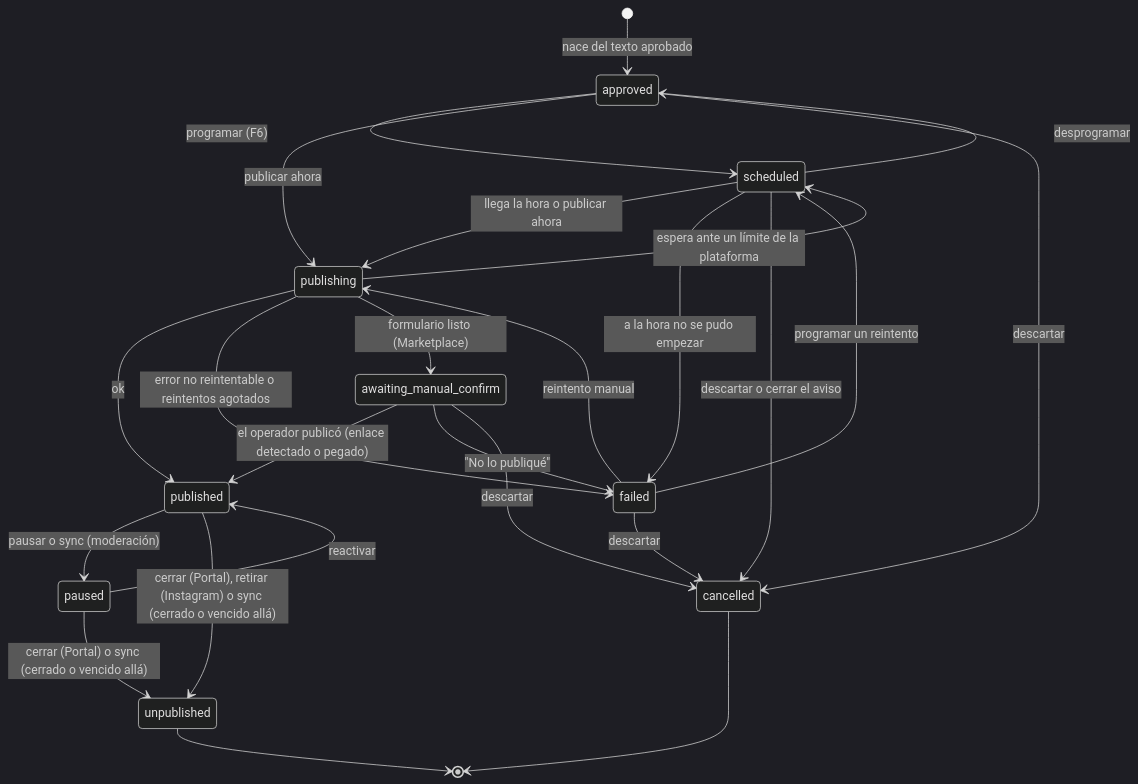
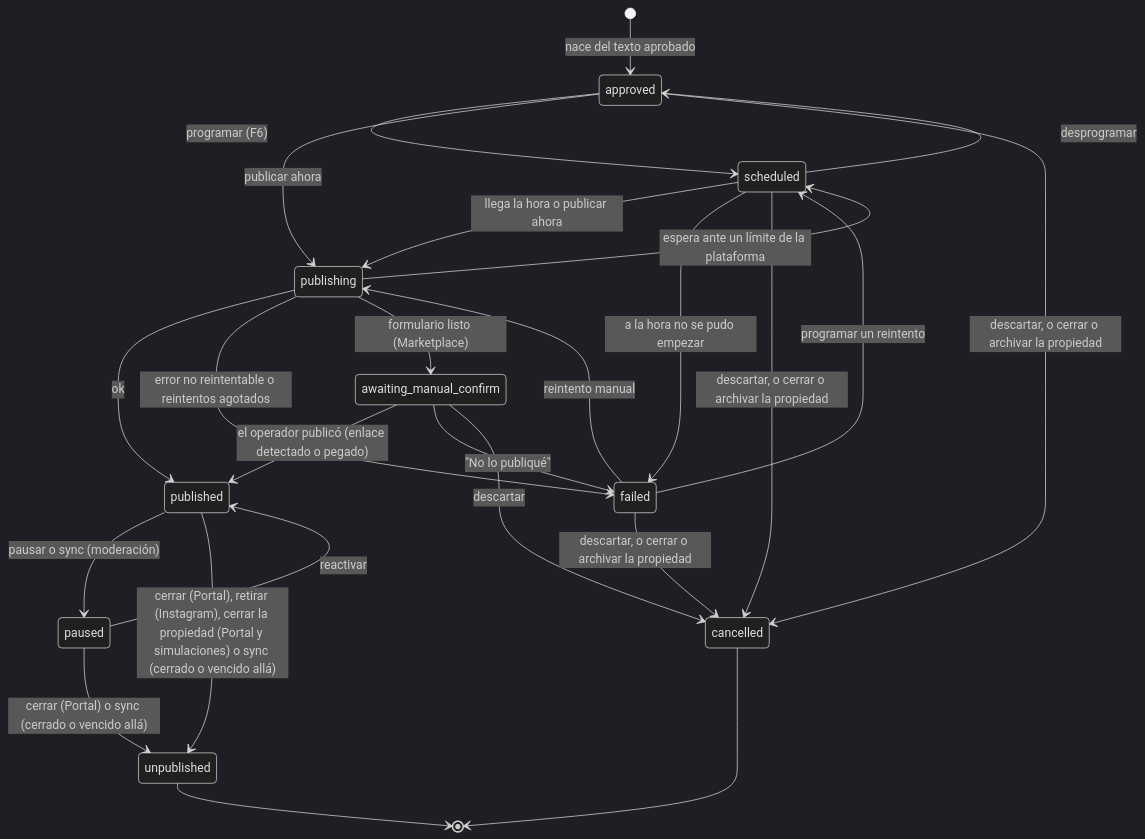
One commit to vicentewolde/AgentSales changed the second of 2 diagrams in docs/01-arquitectura.md. Above: the diagram before and after it, drawn with Mermaid (dark theme). The commit also changed other lines of this file and 10 other files, not shown here.

````diff
--- a/docs/01-arquitectura.md
+++ b/docs/01-arquitectura.md
@@ -191,27 +191,27 @@
 ```mermaid
 stateDiagram-v2
   [*] --> approved: nace del texto aprobado
   approved --> scheduled: programar (F6)
   approved --> publishing: publicar ahora
   scheduled --> publishing: llega la hora o publicar ahora
   scheduled --> approved: desprogramar
   scheduled --> failed: a la hora no se pudo empezar
   publishing --> published: ok
   publishing --> failed: error no reintentable o reintentos agotados
   publishing --> scheduled: espera ante un límite de la plataforma
   failed --> publishing: reintento manual
   failed --> scheduled: programar un reintento
   published --> paused: pausar o sync (moderación)
   paused --> published: reactivar
-  published --> unpublished: cerrar (Portal), retirar (Instagram) o sync (cerrado o vencido allá)
+  published --> unpublished: cerrar (Portal), retirar (Instagram), cerrar la propiedad (Portal y simulaciones) o sync (cerrado o vencido allá)
   paused --> unpublished: cerrar (Portal) o sync (cerrado o vencido allá)
   publishing --> awaiting_manual_confirm: formulario listo (Marketplace)
   awaiting_manual_confirm --> published: el operador publicó (enlace detectado o pegado)
   awaiting_manual_confirm --> failed: "No lo publiqué"
   unpublished --> [*]
-  approved --> cancelled: descartar
-  scheduled --> cancelled: descartar o cerrar el aviso
-  failed --> cancelled: descartar
+  approved --> cancelled: descartar, o cerrar o archivar la propiedad
+  scheduled --> cancelled: descartar, o cerrar o archivar la propiedad
+  failed --> cancelled: descartar, o cerrar o archivar la propiedad
   awaiting_manual_confirm --> cancelled: descartar
   cancelled --> [*]
 ```
````
